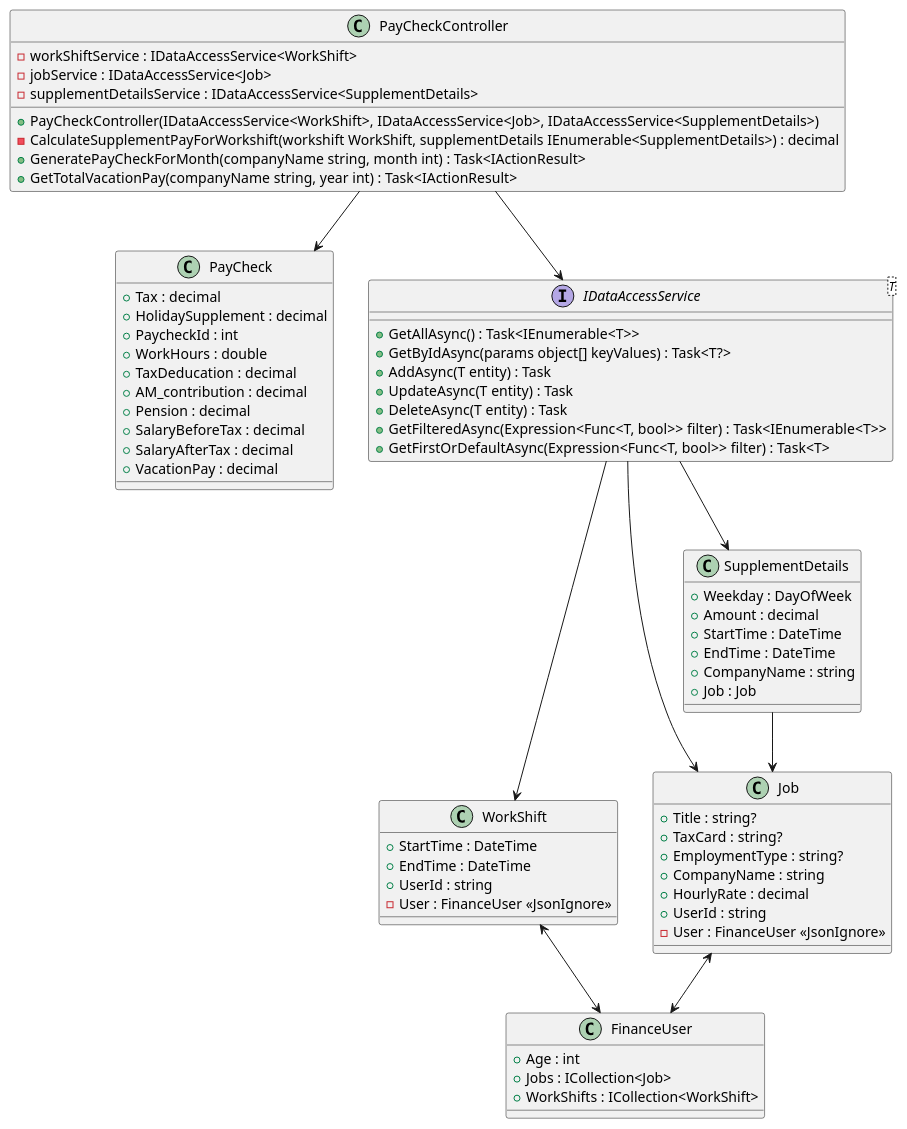
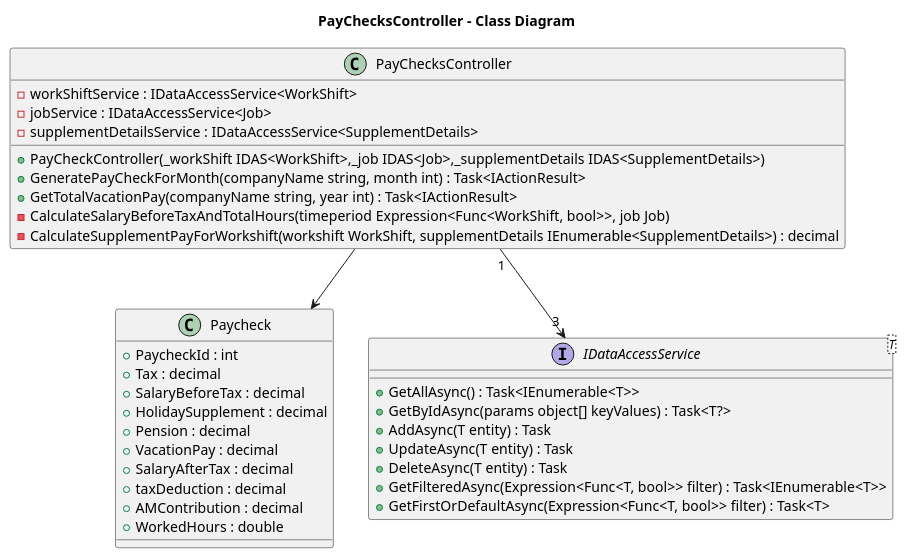
One commit to a-chiha/FinanceTrackerBackend changed the diagram in diagrams/backend/PayCheckClassDiagram.puml. Above: the diagram before and after it, drawn with PlantUML. The commit also changed 12 other files, not shown here.

```diff
--- a/diagrams/backend/PayCheckClassDiagram.puml
+++ b/diagrams/backend/PayCheckClassDiagram.puml
@@ -1,75 +1,41 @@
 @startuml
-class PayCheckController {
+title PayChecksController - Class Diagram
+class PayChecksController {
     - workShiftService : IDataAccessService<WorkShift>
     - jobService : IDataAccessService<Job>
     - supplementDetailsService : IDataAccessService<SupplementDetails>
-    + PayCheckController(IDataAccessService<WorkShift>, IDataAccessService<Job>, IDataAccessService<SupplementDetails>)
-    - CalculateSupplementPayForWorkshift(workshift WorkShift, supplementDetails IEnumerable<SupplementDetails>) : decimal
+    + PayCheckController(_workShift IDAS<WorkShift>,_job IDAS<Job>,_supplementDetails IDAS<SupplementDetails>)
     + GeneratePayCheckForMonth(companyName string, month int) : Task<IActionResult>
     + GetTotalVacationPay(companyName string, year int) : Task<IActionResult>
+    - CalculateSalaryBeforeTaxAndTotalHours(timeperiod Expression<Func<WorkShift, bool>>, job Job)
+    - CalculateSupplementPayForWorkshift(workshift WorkShift, supplementDetails IEnumerable<SupplementDetails>) : decimal
+
 }
-
-class PayCheck {
+class Paycheck {
+    + PaycheckId : int
     + Tax : decimal
+    + SalaryBeforeTax : decimal
     + HolidaySupplement : decimal
-    + PaycheckId : int
-    + WorkHours : double
-    + TaxDeducation : decimal
-    + AM_contribution : decimal
     + Pension : decimal
-    + SalaryBeforeTax : decimal
+    + VacationPay : decimal
     + SalaryAfterTax : decimal
-    + VacationPay : decimal
+    + taxDeduction : decimal
+    + AMContribution : decimal
+    + WorkedHours : double
 }
 
 interface IDataAccessService<T> {
     + GetAllAsync() : Task<IEnumerable<T>>
     + GetByIdAsync(params object[] keyValues) : Task<T?>
     + AddAsync(T entity) : Task
     + UpdateAsync(T entity) : Task
     + DeleteAsync(T entity) : Task
     + GetFilteredAsync(Expression<Func<T, bool>> filter) : Task<IEnumerable<T>>
     + GetFirstOrDefaultAsync(Expression<Func<T, bool>> filter) : Task<T>
 }
 
-class FinanceUser {
-    + Age : int
-    + Jobs : ICollection<Job>
-    + WorkShifts : ICollection<WorkShift>
-}
 
-class WorkShift {
-    + StartTime : DateTime
-    + EndTime : DateTime
-    + UserId : string
-    - User : FinanceUser <<JsonIgnore>>
-}
 
-class Job {
-    + Title : string?
-    + TaxCard : string?
-    + EmploymentType : string?
-    + CompanyName : string
-    + HourlyRate : decimal
-    + UserId : string
-    - User : FinanceUser <<JsonIgnore>>
-}
-
-class SupplementDetails {
-    + Weekday : DayOfWeek
-    + Amount : decimal
-    + StartTime : DateTime
-    + EndTime : DateTime
-    + CompanyName : string
-    + Job : Job
-}
-
-PayCheckController --> IDataAccessService
-PayCheckController --> PayCheck
-IDataAccessService --> WorkShift
-IDataAccessService --> Job
-IDataAccessService --> SupplementDetails
-WorkShift <--> FinanceUser
-Job <--> FinanceUser
-SupplementDetails --> Job
+PayChecksController "1" --> "3" IDataAccessService
+PayChecksController --> Paycheck
 @enduml
```
